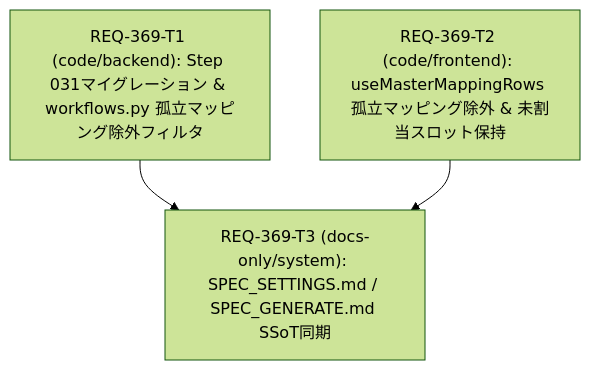
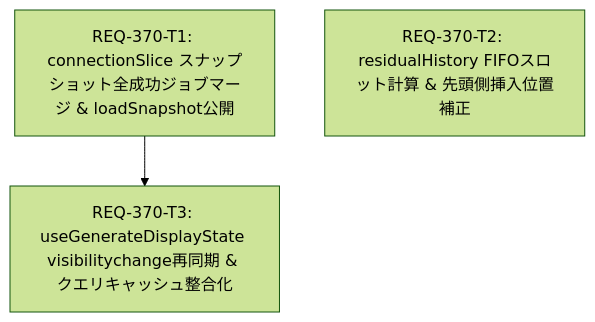
Before and after one commit to TAKE4548/comfy-create-helper2: the diagram in implementation_plan.md, drawn with Mermaid (forest theme). The commit also changed other lines of this file and 16 other files, not shown here.

````diff
--- a/implementation_plan.md
+++ b/implementation_plan.md
@@ -43,8 +64,5 @@
 ```mermaid
 graph TD
-  T1["REQ-369-T1 (code/backend): Step 031マイグレーション & workflows.py 孤立マッピング除外フィルタ"]
-  T2["REQ-369-T2 (code/frontend): useMasterMappingRows 孤立マッピング除外 & 未割当スロット保持"]
-  T3["REQ-369-T3 (docs-only/system): SPEC_SETTINGS.md / SPEC_GENERATE.md SSoT同期"]
-  T1 --> T3
-  T2 --> T3
+  REQ-370-T1["REQ-370-T1: connectionSlice スナップショット全成功ジョブマージ & loadSnapshot公開"] --> REQ-370-T3["REQ-370-T3: useGenerateDisplayState visibilitychange再同期 & クエリキャッシュ整合化"]
+  REQ-370-T2["REQ-370-T2: residualHistory FIFOスロット計算 & 先頭側挿入位置補正"]
 ```
````
